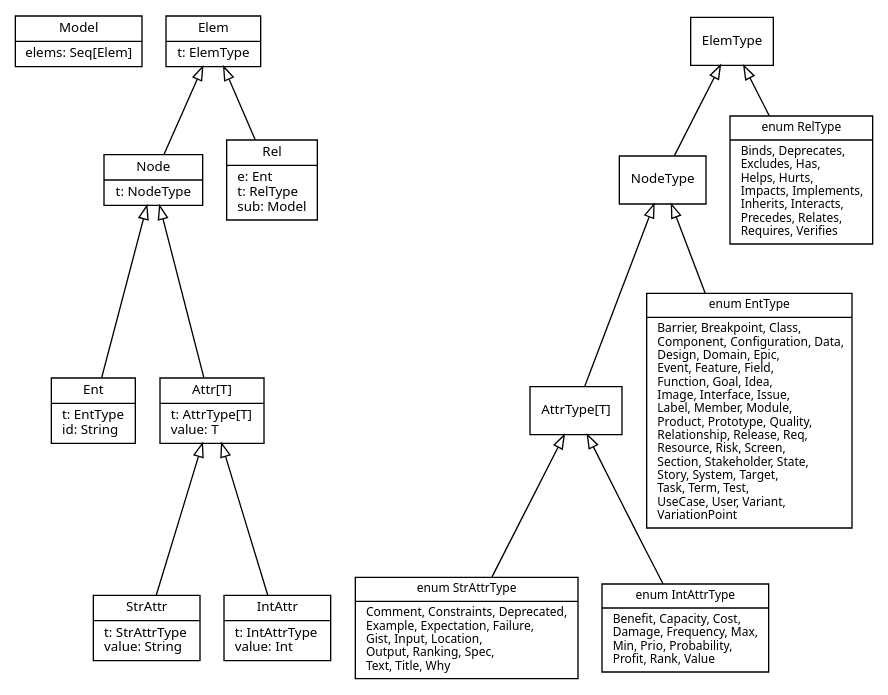
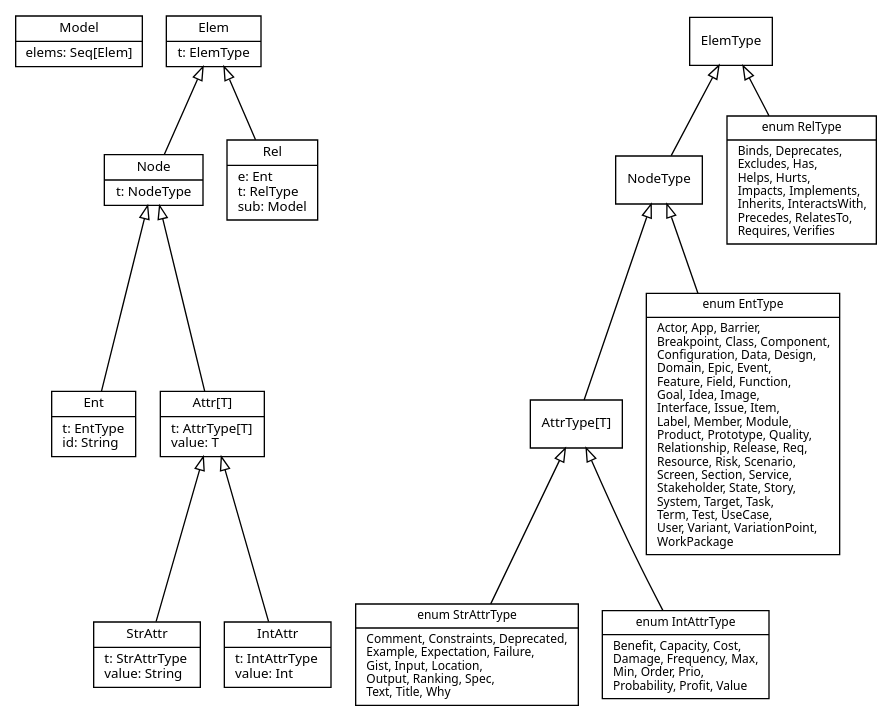
One commit to reqT/reqT-lang changed the diagram in docs/metamodel-All-GENERATED.dot. Above: the diagram before and after it, drawn with Graphviz. The commit also changed 10 other files, not shown here.

```diff
--- a/docs/metamodel-All-GENERATED.dot
+++ b/docs/metamodel-All-GENERATED.dot
@@ -1,52 +1,52 @@
 digraph Metamodel {
   fontname = "Sans"
   fontsize = 10
   rankdir =  "BT"
   ordering = "out"
   nojustify = true
 
   node [
     fontname = "Sans"
     fontsize = 10
     shape = "record"
   ]
 
   edge [
     arrowhead = "empty"
   ]
 
     { rank = same; Model; Elem; ElemType; }
     { rank = same; Node_; Rel; }
     { rank = same; Ent; Attr; AttrType; }
 
 
     Model [ label = "{Model|elems: Seq[Elem]}" fontsize = 10]
     Elem [ label = "{Elem|t: ElemType}" fontsize = 10]
     Node_ [ label = "{Node|t: NodeType}" fontsize = 10]
     Rel [ label = "{Rel|e: Ent\lt: RelType\lsub: Model\l}" fontsize = 10]
     Ent [ label = "{Ent|t: EntType\lid: String\l}" fontsize = 10]
     Attr [ label = "{Attr[T]|t: AttrType[T]\lvalue: T\l}" fontsize = 10]
     StrAttr [ label = "{StrAttr|t: StrAttrType\lvalue: String\l}" fontsize = 10]
     IntAttr [ label = "{IntAttr|t: IntAttrType\lvalue: Int\l}" fontsize = 10]
     NodeType [ label = "{NodeType}" fontsize = 10]
     AttrType [ label = "{AttrType[T]}" fontsize = 10]
-    RelType [ label = "{enum RelType|Binds, Deprecates,\lExcludes, Has,\lHelps, Hurts,\lImpacts, Implements,\lInherits, Interacts,\lPrecedes, Relates,\lRequires, Verifies\l}" fontsize = 9]
-    EntType [ label = "{enum EntType|Barrier, Breakpoint, Class,\lComponent, Configuration, Data,\lDesign, Domain, Epic,\lEvent, Feature, Field,\lFunction, Goal, Idea,\lImage, Interface, Issue,\lLabel, Member, Module,\lProduct, Prototype, Quality,\lRelationship, Release, Req,\lResource, Risk, Screen,\lSection, Stakeholder, State,\lStory, System, Target,\lTask, Term, Test,\lUseCase, User, Variant,\lVariationPoint\l}" fontsize = 9]
+    RelType [ label = "{enum RelType|Binds, Deprecates,\lExcludes, Has,\lHelps, Hurts,\lImpacts, Implements,\lInherits, InteractsWith,\lPrecedes, RelatesTo,\lRequires, Verifies\l}" fontsize = 9]
+    EntType [ label = "{enum EntType|Actor, App, Barrier,\lBreakpoint, Class, Component,\lConfiguration, Data, Design,\lDomain, Epic, Event,\lFeature, Field, Function,\lGoal, Idea, Image,\lInterface, Issue, Item,\lLabel, Member, Module,\lProduct, Prototype, Quality,\lRelationship, Release, Req,\lResource, Risk, Scenario,\lScreen, Section, Service,\lStakeholder, State, Story,\lSystem, Target, Task,\lTerm, Test, UseCase,\lUser, Variant, VariationPoint,\lWorkPackage\l}" fontsize = 9]
     StrAttrType [ label = "{enum StrAttrType|Comment, Constraints, Deprecated,\lExample, Expectation, Failure,\lGist, Input, Location,\lOutput, Ranking, Spec,\lText, Title, Why\l}" fontsize = 9]
-    IntAttrType [ label = "{enum IntAttrType|Benefit, Capacity, Cost,\lDamage, Frequency, Max,\lMin, Prio, Probability,\lProfit, Rank, Value\l}" fontsize = 9]
+    IntAttrType [ label = "{enum IntAttrType|Benefit, Capacity, Cost,\lDamage, Frequency, Max,\lMin, Order, Prio,\lProbability, Profit, Value\l}" fontsize = 9]
 
 
     Node_ -> Elem
     Rel -> Elem
     Ent -> Node_
     Attr -> Node_
     StrAttr -> Attr
     IntAttr -> Attr
     NodeType -> ElemType
     RelType -> ElemType
     EntType -> NodeType
     AttrType -> NodeType
     StrAttrType -> AttrType
     IntAttrType -> AttrType
 
 }
```
